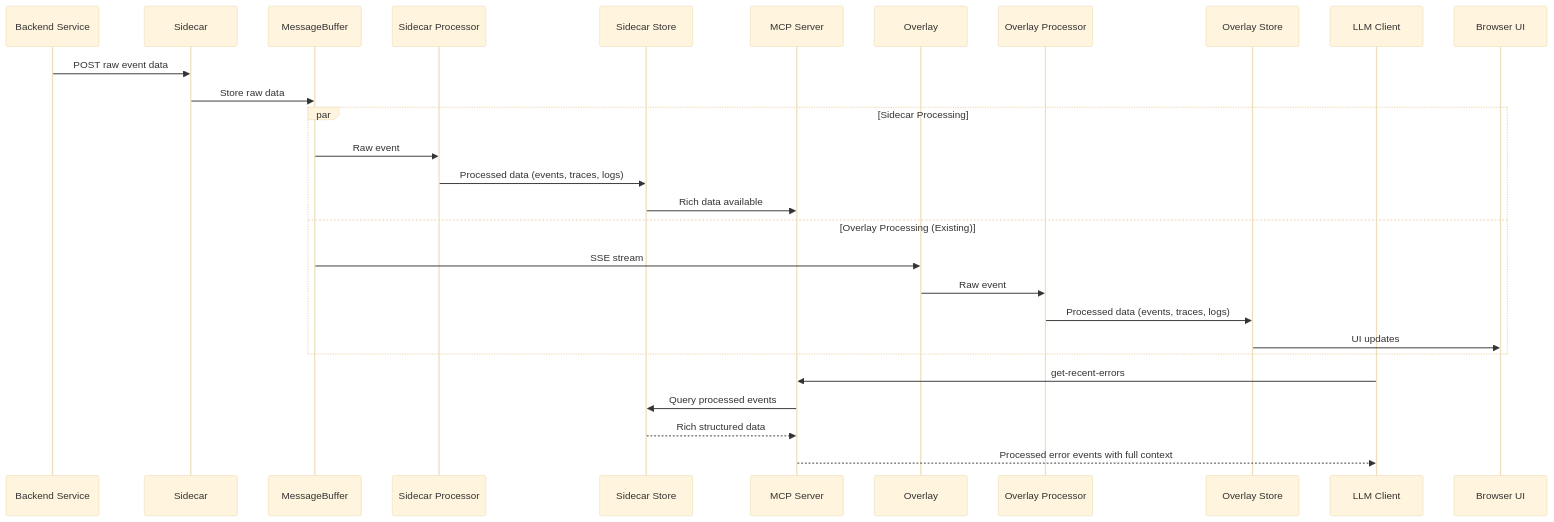
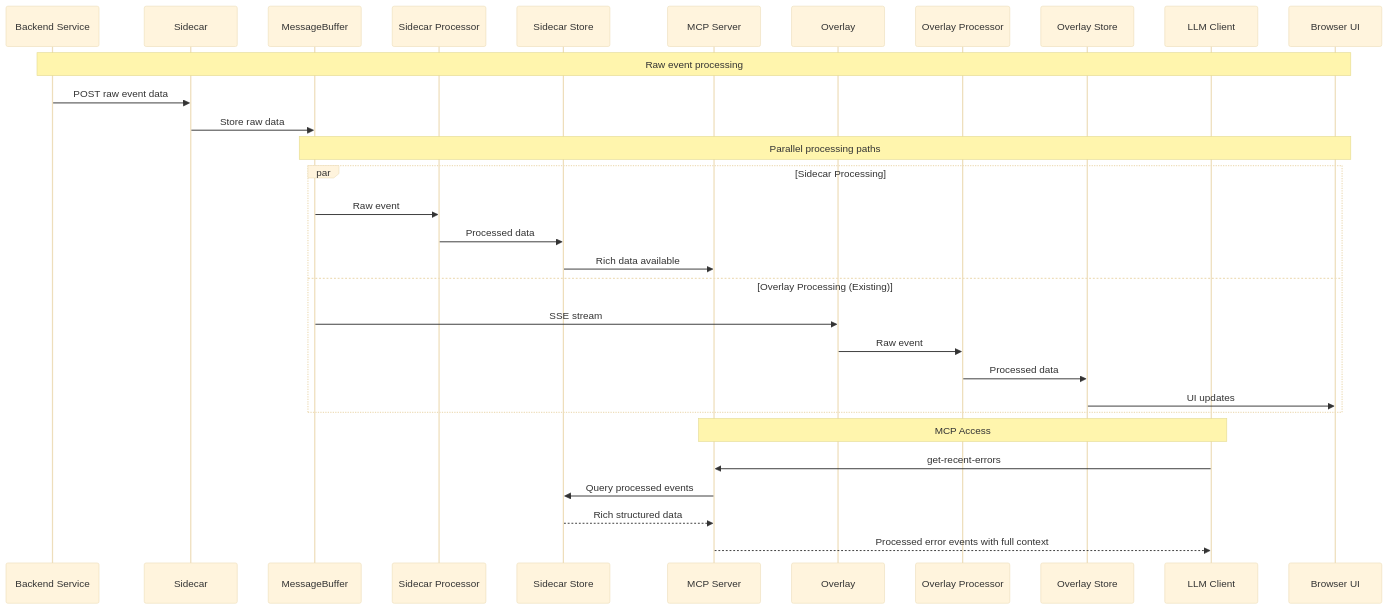
The fourth of 4 diagrams in MCP_DUAL_PROCESSING_PLAN.md (getsentry/spotlight), drawn with Mermaid (base theme) before and after one commit. The commit also changed other lines of this file, not shown here.

````diff
--- a/MCP_DUAL_PROCESSING_PLAN.md
+++ b/MCP_DUAL_PROCESSING_PLAN.md
@@ -155,36 +155,36 @@
 ```mermaid
 sequenceDiagram
     participant Backend as Backend Service
     participant Sidecar as Sidecar
     participant Buffer as MessageBuffer
     participant SidecarProcessor as Sidecar Processor
     participant SidecarStore as Sidecar Store
     participant McpServer as MCP Server
     participant Overlay as Overlay
     participant OverlayProcessor as Overlay Processor
     participant OverlayStore as Overlay Store
     participant LLM as LLM Client
     participant UI as Browser UI
     
-    %% Raw event processing
-    Backend ->> Sidecar: POST raw event data
-    Sidecar ->> Buffer: Store raw data
+    Note over Backend,UI: Raw event processing
+    Backend->>Sidecar: POST raw event data
+    Sidecar->>Buffer: Store raw data
     
-    %% Parallel processing paths
+    Note over Buffer,UI: Parallel processing paths
     par Sidecar Processing
-        Buffer ->> SidecarProcessor: Raw event
-        SidecarProcessor ->> SidecarStore: Processed data (events, traces, logs)
-        SidecarStore ->> McpServer: Rich data available
+        Buffer->>SidecarProcessor: Raw event
+        SidecarProcessor->>SidecarStore: Processed data
+        SidecarStore->>McpServer: Rich data available
     and Overlay Processing (Existing)
-        Buffer ->> Overlay: SSE stream
-        Overlay ->> OverlayProcessor: Raw event  
-        OverlayProcessor ->> OverlayStore: Processed data (events, traces, logs)
-        OverlayStore ->> UI: UI updates
+        Buffer->>Overlay: SSE stream
+        Overlay->>OverlayProcessor: Raw event  
+        OverlayProcessor->>OverlayStore: Processed data
+        OverlayStore->>UI: UI updates
     end
     
-    %% MCP Access
-    LLM ->> McpServer: get-recent-errors
-    McpServer ->> SidecarStore: Query processed events
-    SidecarStore -->> McpServer: Rich structured data
-    McpServer -->> LLM: Processed error events with full context
+    Note over LLM,McpServer: MCP Access
+    LLM->>McpServer: get-recent-errors
+    McpServer->>SidecarStore: Query processed events
+    SidecarStore-->>McpServer: Rich structured data
+    McpServer-->>LLM: Processed error events with full context
 ```
````
